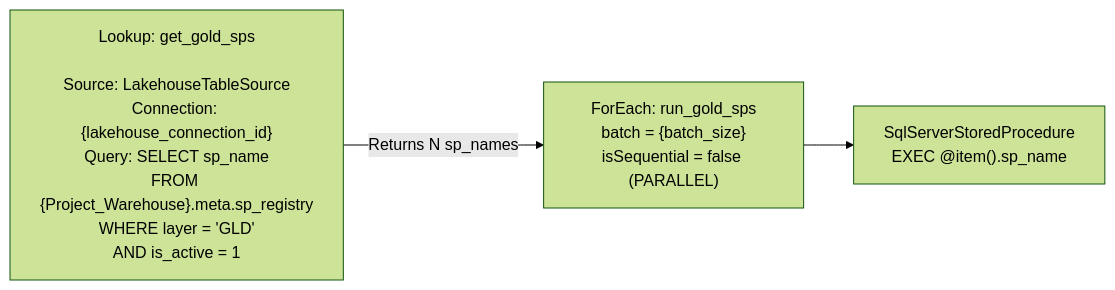
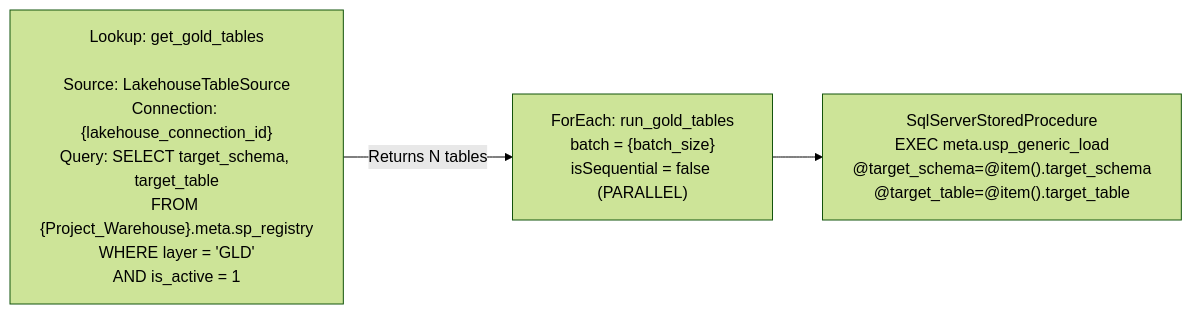
Before and after one commit to ankinguyen-engineer-2002/Fabric-v9-Warehouse-Medallion: the sixth of 13 diagrams in Fabric_Architect/template_architecture.md, drawn with Mermaid (forest theme). The commit also changed other lines of this file and 7 other files, not shown here.

First line of the commit message:
Generic SP migration: 28 per-table SPs → 1 meta.usp_generic_load

````diff
--- a/Fabric_Architect/template_architecture.md
+++ b/Fabric_Architect/template_architecture.md
@@ -243,11 +235,11 @@
 ```mermaid
 flowchart LR
-    L["Lookup: get_gold_sps\n\nSource: LakehouseTableSource\nConnection: {lakehouse_connection_id}\nQuery: SELECT sp_name\nFROM {Project_Warehouse}.meta.sp_registry\nWHERE layer = 'GLD'\nAND is_active = 1"]
+    L["Lookup: get_gold_tables\n\nSource: LakehouseTableSource\nConnection: {lakehouse_connection_id}\nQuery: SELECT target_schema, target_table\nFROM {Project_Warehouse}.meta.sp_registry\nWHERE layer = 'GLD'\nAND is_active = 1"]
 
-    F["ForEach: run_gold_sps\nbatch = {batch_size}\nisSequential = false (PARALLEL)"]
+    F["ForEach: run_gold_tables\nbatch = {batch_size}\nisSequential = false (PARALLEL)"]
 
-    SP["SqlServerStoredProcedure\nEXEC @item().sp_name"]
+    SP["SqlServerStoredProcedure\nEXEC meta.usp_generic_load\n@target_schema=@item().target_schema\n@target_table=@item().target_table"]
 
-    L -->|"Returns N sp_names"| F
+    L -->|"Returns N tables"| F
     F --> SP
 ```
````
